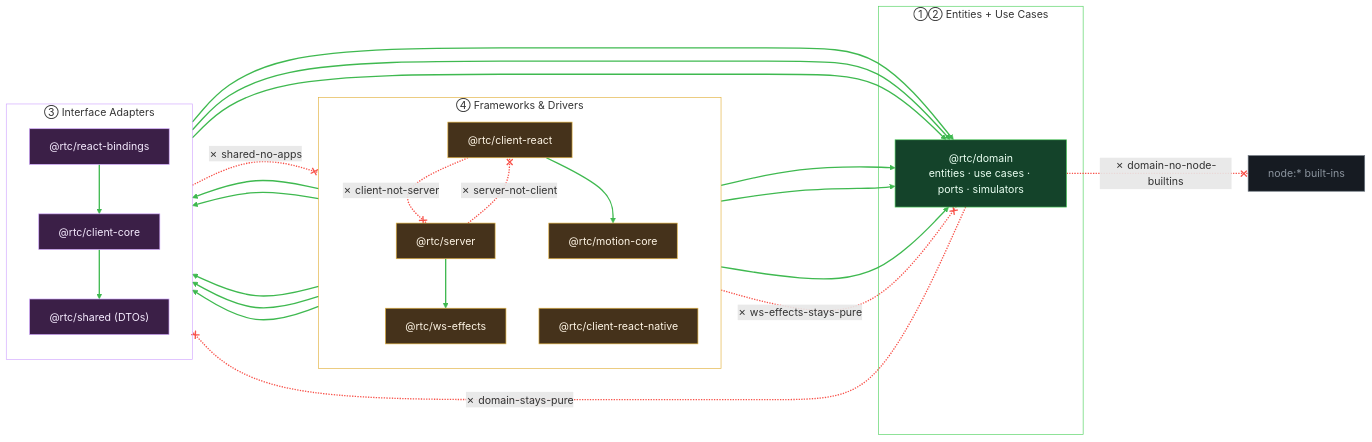
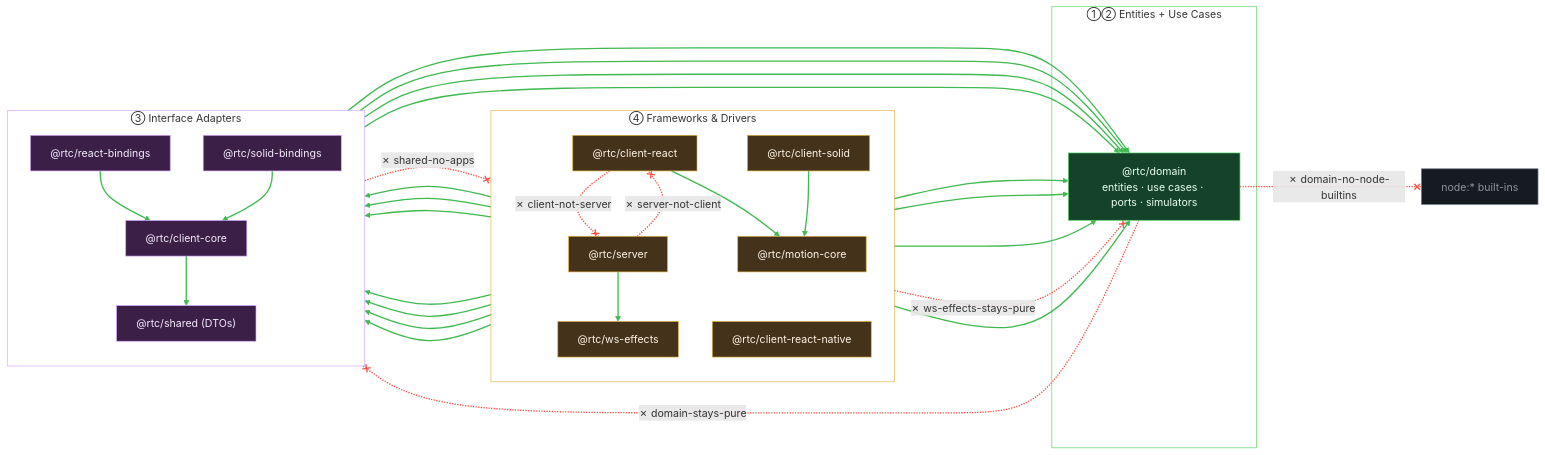
Before and after one commit to bettersoftware-io/ReactiveTraderCloudClone: the third of 3 diagrams in docs/architecture/01-overview.md, drawn with Mermaid. The commit also changed other lines of this file and 10 other files, not shown here.

First line of the commit message:
docs(architecture): sync React->Solid swap from planned to shipped

````diff
--- a/docs/architecture/01-overview.md
+++ b/docs/architecture/01-overview.md
@@ -126,63 +126,76 @@
 ```mermaid
 flowchart LR
   subgraph r4["④ Frameworks & Drivers"]
     direction TB
     webc["@rtc/client-react"]
     rnc["@rtc/client-react-native"]
+    solidc["@rtc/client-solid"]
     wse["@rtc/ws-effects"]
     srv["@rtc/server"]
     motion["@rtc/motion-core"]
   end
   subgraph r3["③ Interface Adapters"]
     direction TB
     core["@rtc/client-core"]
     rb["@rtc/react-bindings"]
+    sb["@rtc/solid-bindings"]
     shared["@rtc/shared (DTOs)"]
   end
   subgraph r12["①② Entities + Use Cases"]
     domain["@rtc/domain<br/>entities · use cases · ports · simulators"]
   end
   nodeb["node:* built-ins"]:::ext
 
   %% --- allowed inward imports (edges 0-14; keep order — linkStyle indices depend on it) ---
   webc --> rb
   webc --> core
   webc --> domain
   rnc --> rb
   rnc --> core
   rnc --> domain
   rb --> core
   rb --> domain
   core --> shared
   core --> domain
   srv --> domain
   srv --> shared
   srv --> wse
   shared --> domain
   webc --> motion
 
   %% --- forbidden crossings (edges 15-20), each tagged with the rule that rejects it ---
   domain -. "✗ domain-stays-pure" .-x shared
   shared -. "✗ shared-no-apps" .-x srv
   webc -. "✗ client-not-server" .-x srv
   srv -. "✗ server-not-client" .-x webc
   wse -. "✗ ws-effects-stays-pure" .-x domain
   domain -. "✗ domain-no-node-builtins" .-x nodeb
 
+  %% --- allowed inward imports, part 2 (edges 21-26; appended, NOT interleaved,
+  %% so the linkStyle indices for edges 0-20 above stay valid) ---
+  solidc --> sb
+  solidc --> core
+  solidc --> domain
+  solidc --> motion
+  sb --> core
+  sb --> domain
+
   classDef ext fill:#161b22,stroke:#6e7681,color:#8b949e
   style r4 fill:none,stroke:#e3b341
   style r3 fill:none,stroke:#d2a8ff
   style r12 fill:none,stroke:#56d364
   style domain fill:#14432a,stroke:#56d364,color:#eafff2
   style core fill:#3b1f47,stroke:#d2a8ff,color:#f6ecff
   style rb fill:#3b1f47,stroke:#d2a8ff,color:#f6ecff
+  style sb fill:#3b1f47,stroke:#d2a8ff,color:#f6ecff
   style shared fill:#3b1f47,stroke:#d2a8ff,color:#f6ecff
   style webc fill:#45321b,stroke:#e3b341,color:#fff6e6
   style rnc fill:#45321b,stroke:#e3b341,color:#fff6e6
+  style solidc fill:#45321b,stroke:#e3b341,color:#fff6e6
   style wse fill:#45321b,stroke:#e3b341,color:#fff6e6
   style srv fill:#45321b,stroke:#e3b341,color:#fff6e6
   style motion fill:#45321b,stroke:#e3b341,color:#fff6e6
 
-  linkStyle 0,1,2,3,4,5,6,7,8,9,10,11,12,13,14 stroke:#3fb950,stroke-width:2px
+  linkStyle 0,1,2,3,4,5,6,7,8,9,10,11,12,13,14,21,22,23,24,25,26 stroke:#3fb950,stroke-width:2px
   linkStyle 15,16,17,18,19,20 stroke:#f85149,stroke-width:2px
 ```
````
